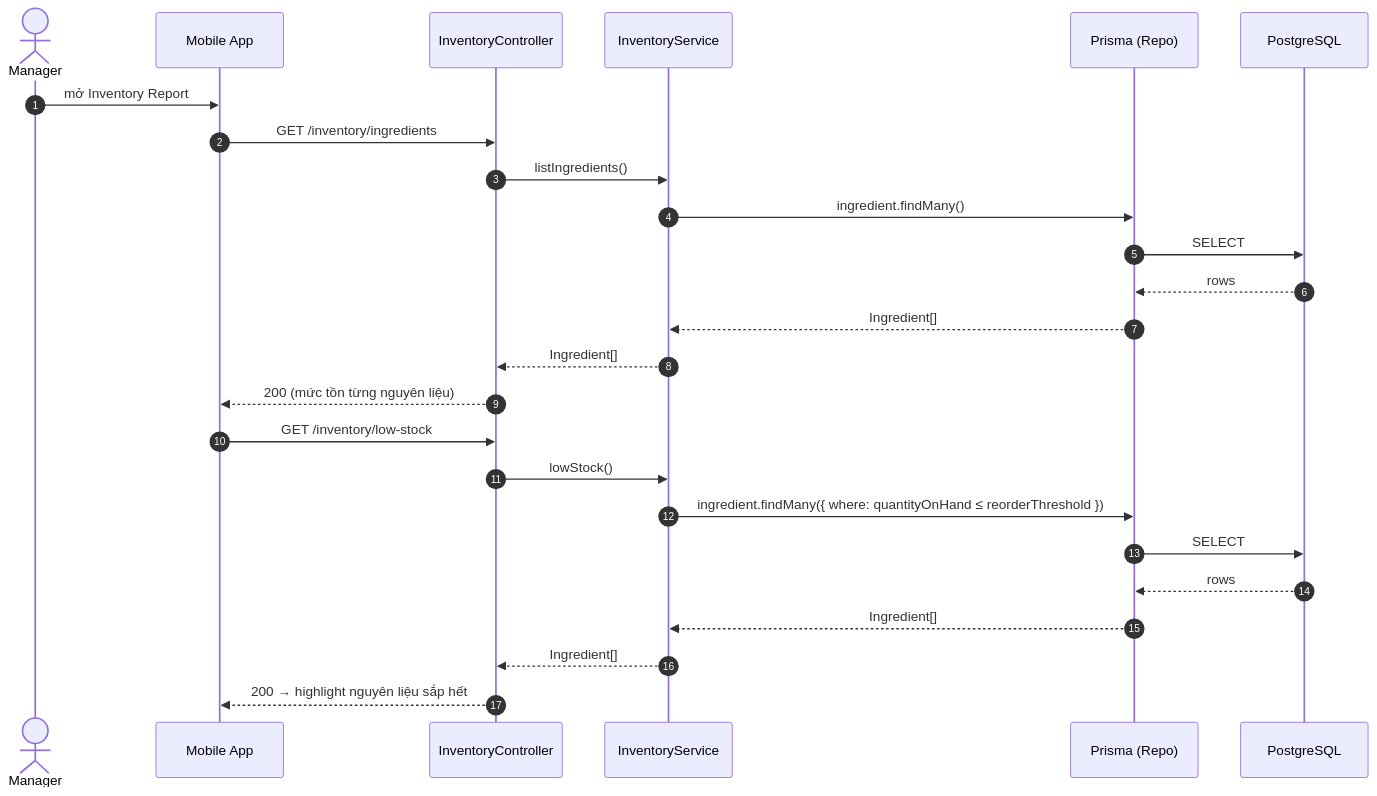
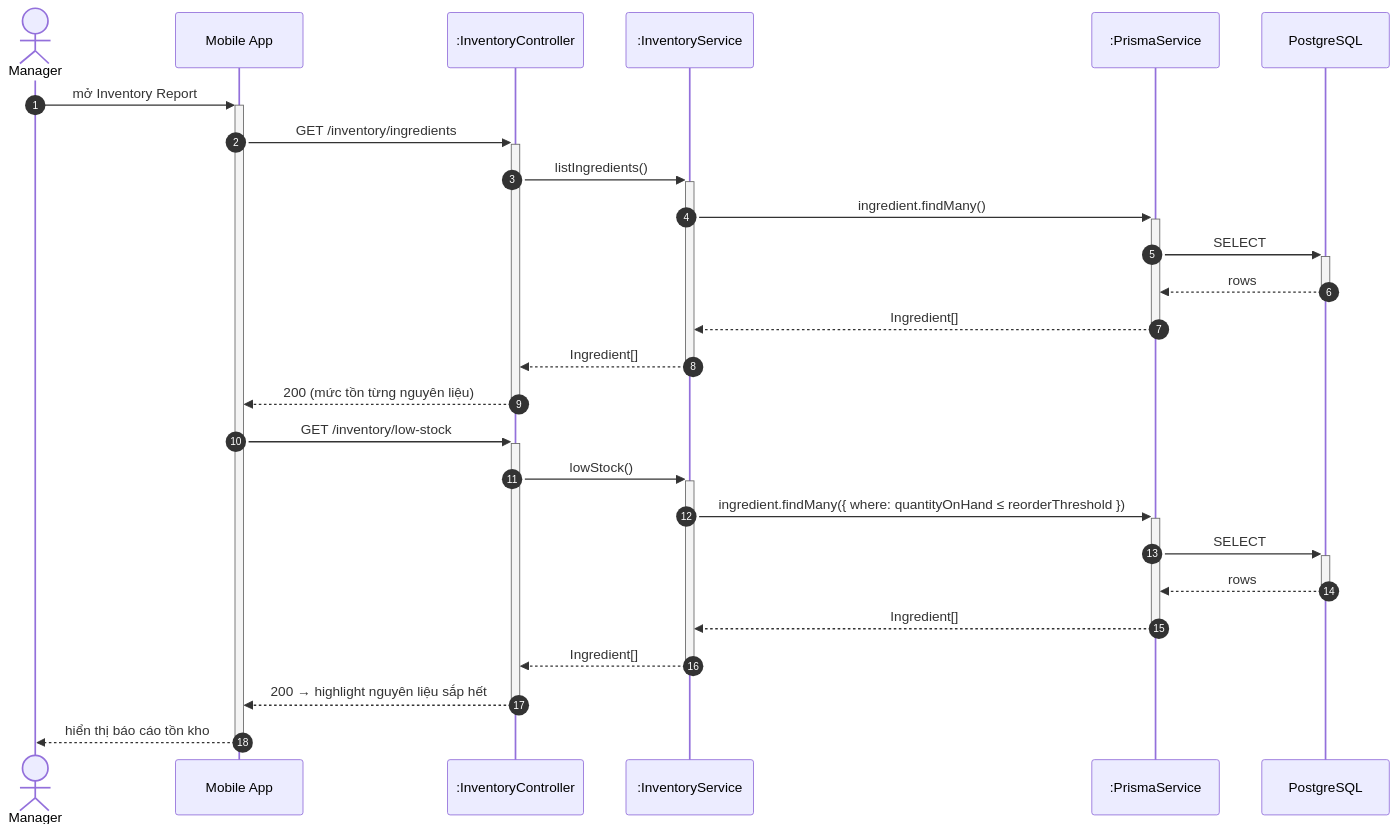
Diagram 13 of 16 in docs/sequence-diagrams.md (callmehai/Cafe-Shop-Management-System), drawn with Mermaid before and after one commit. The commit also changed other lines of this file and 1 other file, not shown here.

Commit message:
docs: add sequence and class diagrams for system architecture and use case implementation

````diff
--- a/docs/sequence-diagrams.md
+++ b/docs/sequence-diagrams.md
@@ -641,29 +667,30 @@
 ```mermaid
 sequenceDiagram
     autonumber
     actor M as Manager
     participant App as Mobile App
-    participant API as InventoryController
-    participant SVC as InventoryService
-    participant ORM as Prisma (Repo)
+    participant API as :InventoryController
+    participant SVC as :InventoryService
+    participant ORM as :PrismaService
     participant DB as PostgreSQL
 
-    M->>App: mở Inventory Report
-    App->>API: GET /inventory/ingredients
-    API->>SVC: listIngredients()
-    SVC->>ORM: ingredient.findMany()
-    ORM->>DB: SELECT
-    DB-->>ORM: rows
-    ORM-->>SVC: Ingredient[]
-    SVC-->>API: Ingredient[]
-    API-->>App: 200 (mức tồn từng nguyên liệu)
+    M->>+App: mở Inventory Report
+    App->>+API: GET /inventory/ingredients
+    API->>+SVC: listIngredients()
+    SVC->>+ORM: ingredient.findMany()
+    ORM->>+DB: SELECT
+    DB-->>-ORM: rows
+    ORM-->>-SVC: Ingredient[]
+    SVC-->>-API: Ingredient[]
+    API-->>-App: 200 (mức tồn từng nguyên liệu)
 
-    App->>API: GET /inventory/low-stock
-    API->>SVC: lowStock()
-    SVC->>ORM: ingredient.findMany({ where: quantityOnHand ≤ reorderThreshold })
-    ORM->>DB: SELECT
-    DB-->>ORM: rows
-    ORM-->>SVC: Ingredient[]
-    SVC-->>API: Ingredient[]
-    API-->>App: 200 → highlight nguyên liệu sắp hết
+    App->>+API: GET /inventory/low-stock
+    API->>+SVC: lowStock()
+    SVC->>+ORM: ingredient.findMany({ where: quantityOnHand ≤ reorderThreshold })
+    ORM->>+DB: SELECT
+    DB-->>-ORM: rows
+    ORM-->>-SVC: Ingredient[]
+    SVC-->>-API: Ingredient[]
+    API-->>-App: 200 → highlight nguyên liệu sắp hết
+    App-->>-M: hiển thị báo cáo tồn kho
 ```
````
